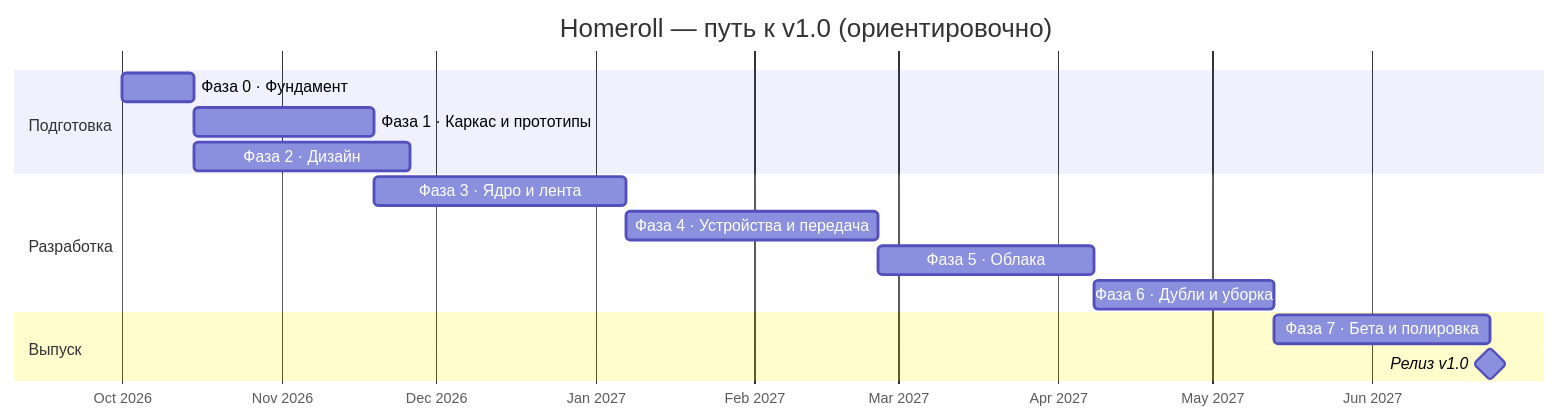
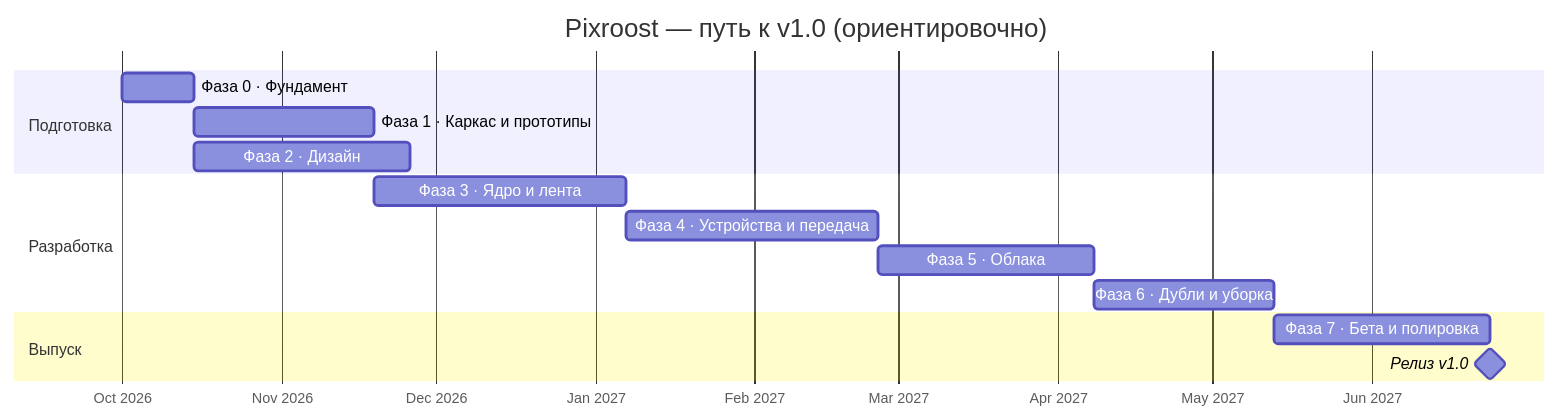
Before and after one commit to intelbetteramd-sys/homeroll: the diagram in docs/roadmap.md, drawn with Mermaid. The commit also changed other lines of this file and 23 other files, not shown here.

````diff
--- a/docs/roadmap.md
+++ b/docs/roadmap.md
@@ -9,18 +9,18 @@
 ```mermaid
 gantt
-  title Homeroll — путь к v1.0 (ориентировочно)
+  title Pixroost — путь к v1.0 (ориентировочно)
   dateFormat YYYY-MM-DD
   axisFormat %b %Y
   section Подготовка
   Фаза 0 · Фундамент              :p0, 2026-10-01, 14d
   Фаза 1 · Каркас и прототипы     :p1, after p0, 35d
   Фаза 2 · Дизайн                 :p2, after p0, 42d
   section Разработка
   Фаза 3 · Ядро и лента           :p3, after p1, 49d
   Фаза 4 · Устройства и передача  :p4, after p3, 49d
   Фаза 5 · Облака                 :p5, after p4, 42d
   Фаза 6 · Дубли и уборка         :p6, after p5, 35d
   section Выпуск
   Фаза 7 · Бета и полировка       :p7, after p6, 42d
   Релиз v1.0                      :milestone, after p7, 0d
 ```
````
